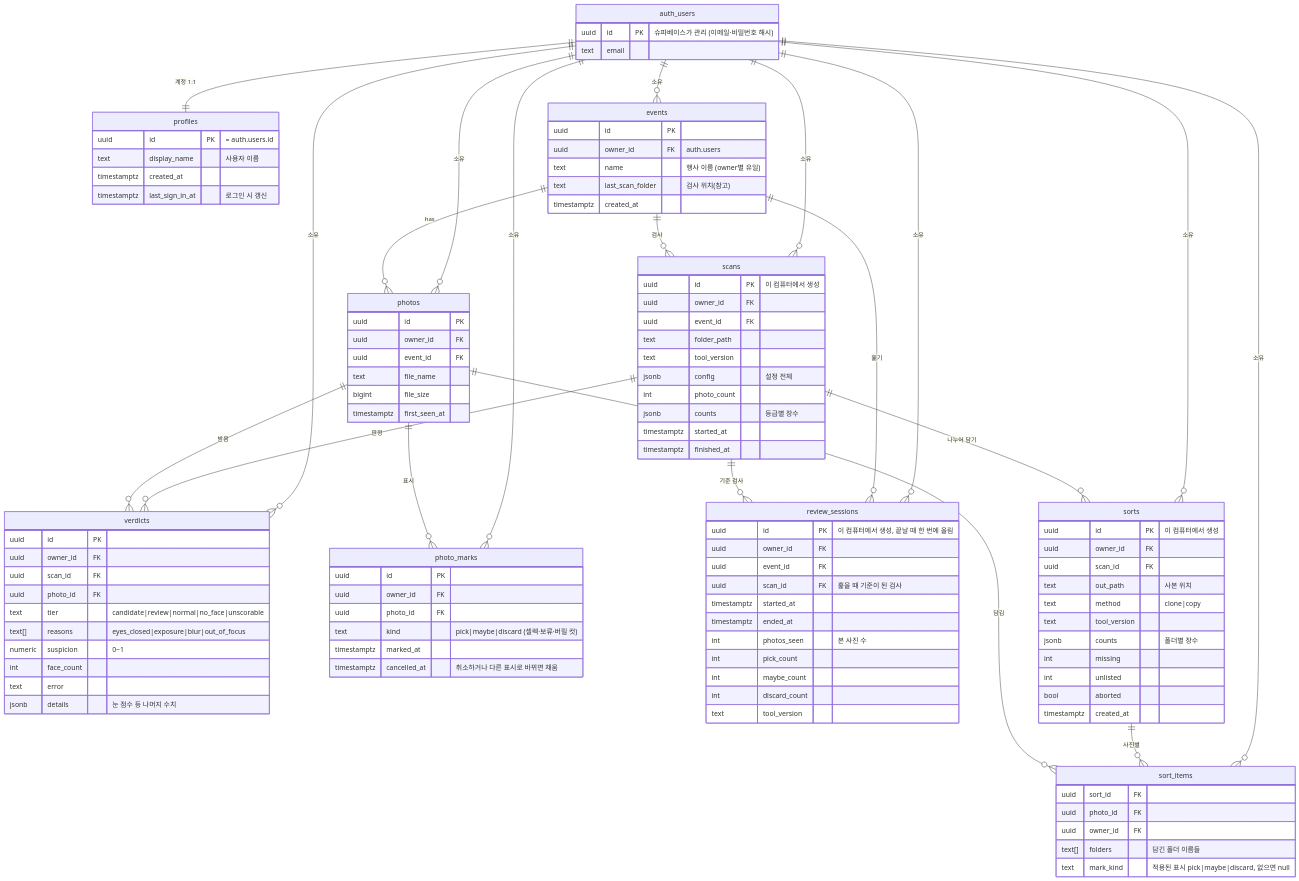
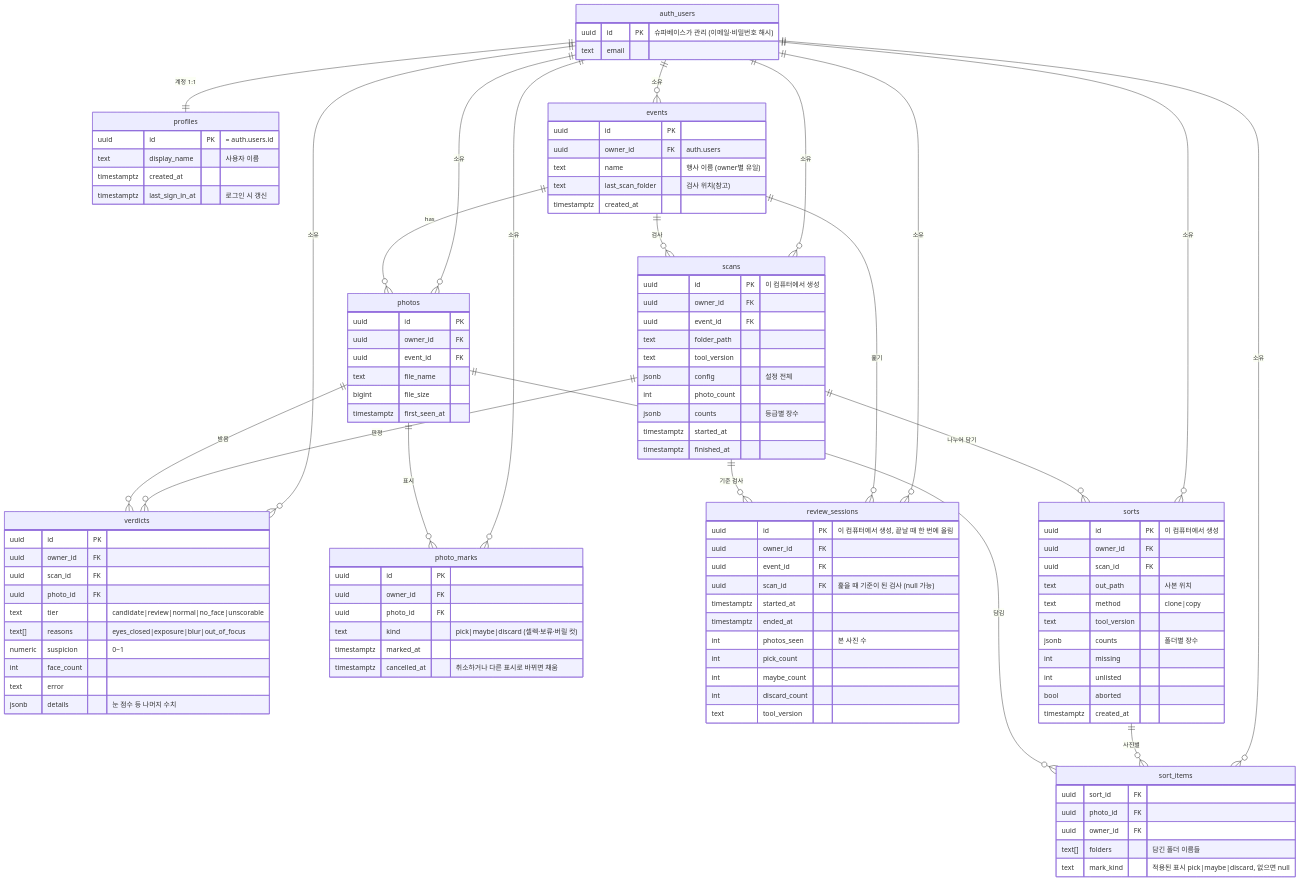
The diagram in erd.md (haagendajun/bcut-public), drawn with Mermaid before and after one commit. The commit also changed other lines of this file and 16 other files, not shown here.

```diff
--- a/erd.md
+++ b/erd.md
@@ -98,7 +98,7 @@
         uuid id PK "이 컴퓨터에서 생성, 끝날 때 한 번에 올림"
         uuid owner_id FK
         uuid event_id FK
-        uuid scan_id FK "훑을 때 기준이 된 검사"
+        uuid scan_id FK "훑을 때 기준이 된 검사 (null 가능)"
         timestamptz started_at
         timestamptz ended_at
         int photos_seen "본 사진 수"
```
